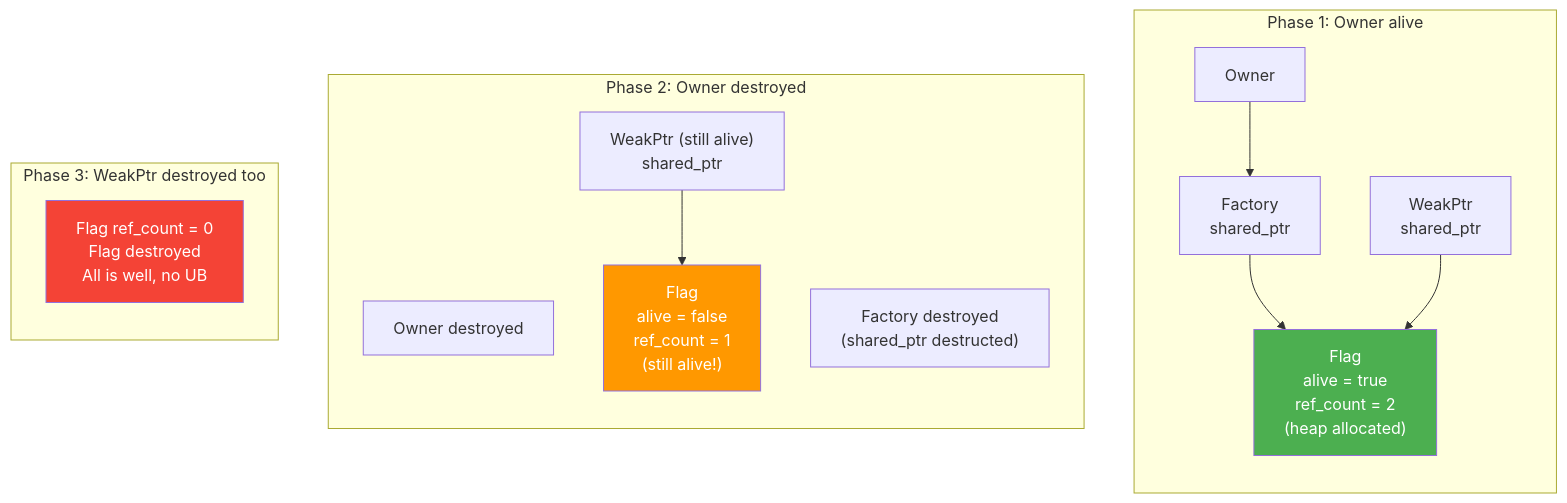
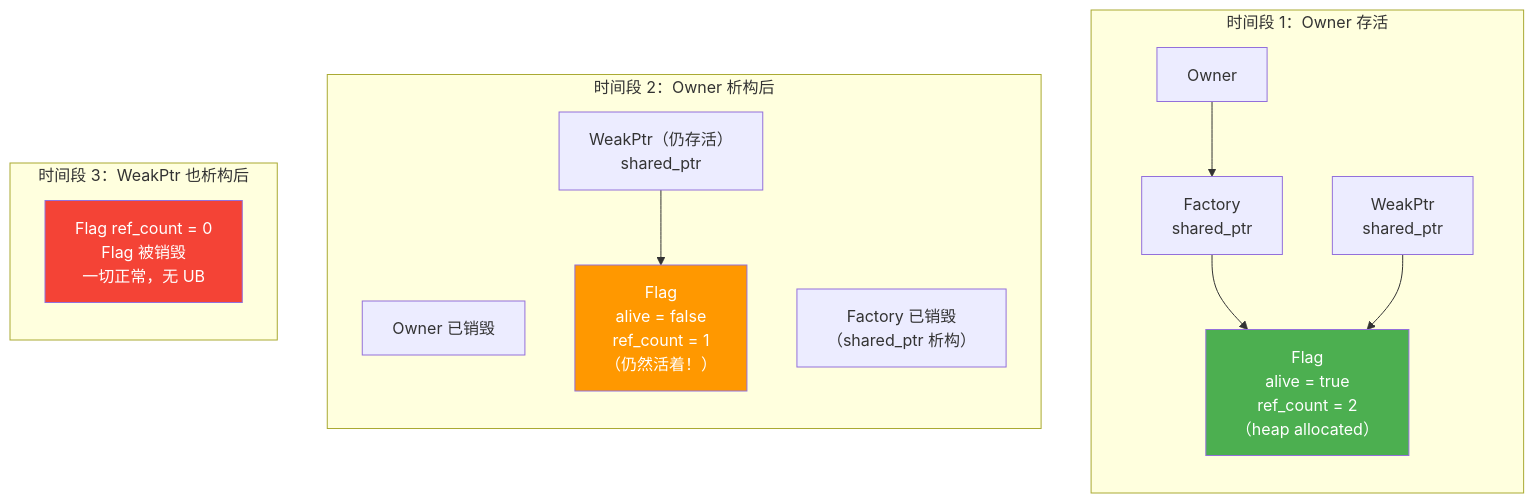
One commit to Awesome-Embedded-Learning-Studio/Tutorial_AwesomeModernCPP changed the first of 2 diagrams in documents/en/vol8-domains/cpp-deep-dives/pointer-semantics/03-simple-weakptr.md. Above: the diagram before and after it, drawn with Mermaid. The commit also changed other lines of this file and 749 other files, not shown here.

````diff
--- a/documents/en/vol8-domains/cpp-deep-dives/pointer-semantics/03-simple-weakptr.md
+++ b/documents/en/vol8-domains/cpp-deep-dives/pointer-semantics/03-simple-weakptr.md
@@ -130,30 +130,30 @@
 ```mermaid
 graph TD
-    subgraph "Phase 1: Owner alive"
+    subgraph "时间段 1：Owner 存活"
         direction TB
         O1["Owner"]
         F1["Factory\nshared_ptr"]
         W1["WeakPtr\nshared_ptr"]
-        FL1["Flag\nalive = true\nref_count = 2\n(heap allocated)"]
+        FL1["Flag\nalive = true\nref_count = 2\n（heap allocated）"]
         O1 --> F1
         F1 --> FL1
         W1 --> FL1
         style FL1 fill:#4CAF50,color:#fff
     end
 
-    subgraph "Phase 2: Owner destroyed"
+    subgraph "时间段 2：Owner 析构后"
         direction TB
-        O2["Owner destroyed"]
-        F2["Factory destroyed\n(shared_ptr destructed)"]
-        W2["WeakPtr (still alive)\nshared_ptr"]
-        FL2["Flag\nalive = false\nref_count = 1\n(still alive!)"]
+        O2["Owner 已销毁"]
+        F2["Factory 已销毁\n（shared_ptr 析构）"]
+        W2["WeakPtr（仍存活）\nshared_ptr"]
+        FL2["Flag\nalive = false\nref_count = 1\n（仍然活着！）"]
         W2 --> FL2
         style FL2 fill:#FF9800,color:#fff
     end
 
-    subgraph "Phase 3: WeakPtr destroyed too"
+    subgraph "时间段 3：WeakPtr 也析构后"
         direction TB
-        FL3["Flag ref_count = 0\nFlag destroyed\nAll is well, no UB"]
+        FL3["Flag ref_count = 0\nFlag 被销毁\n一切正常，无 UB"]
         style FL3 fill:#f44336,color:#fff
     end
 ```
````
